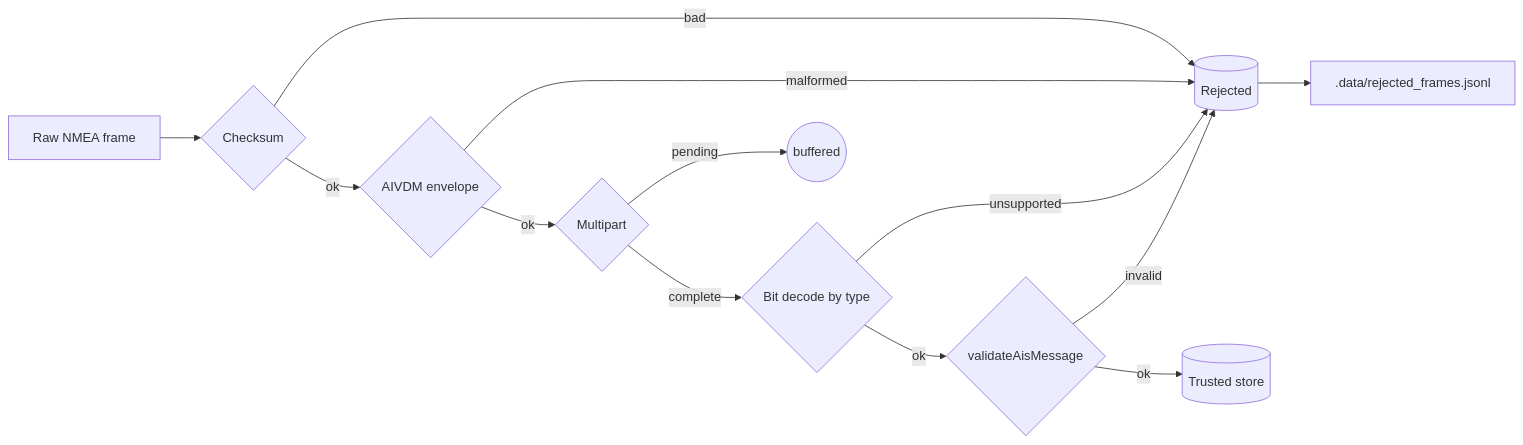
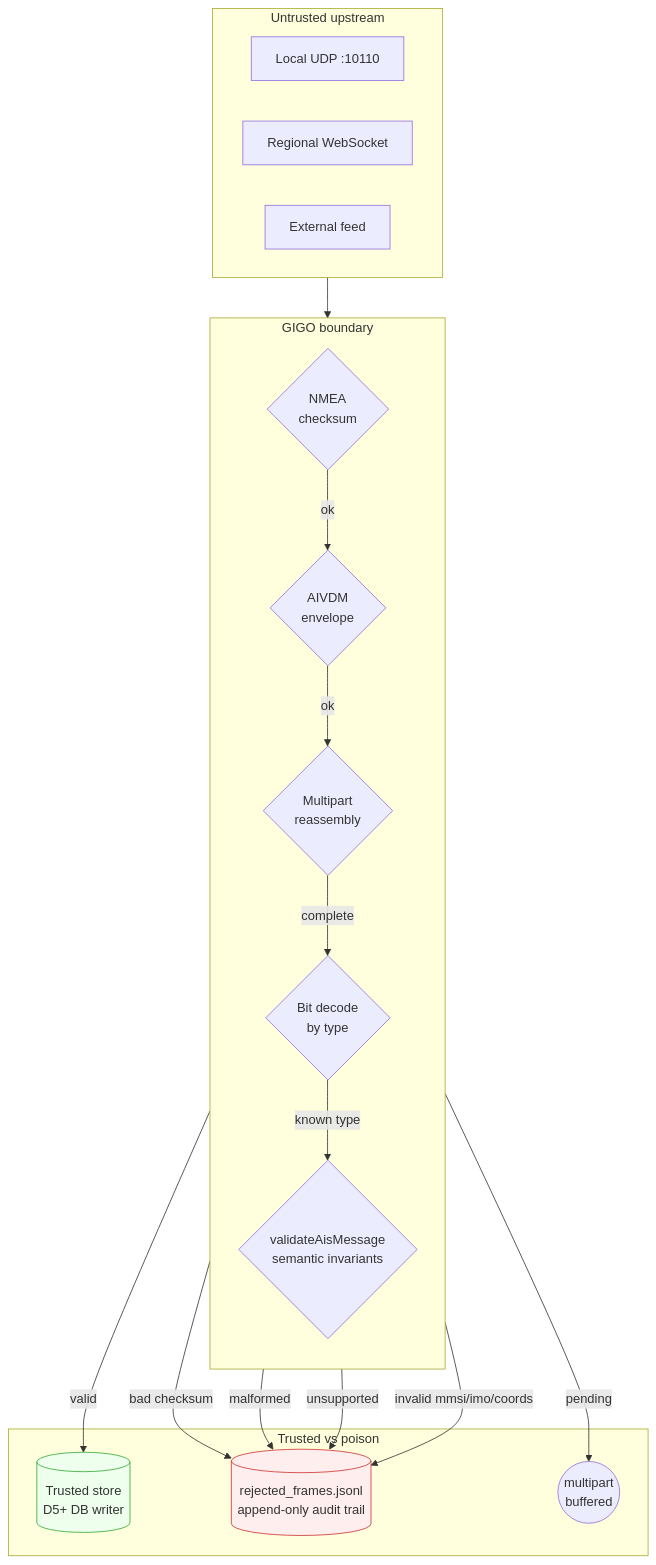
Before and after one commit to mdev-co/portview: the diagram in adr/0006-data-integrity-and-branded-types.md, drawn with Mermaid. The commit also changed other lines of this file, not shown here.

Commit message:
docs(adr): regroup ADR-0006 mermaid into subgraphs
Replace the linear flow with three labelled subgraphs (Untrusted upstream,
GIGO boundary, Trusted vs poison). Each terminal node is colour-classed
(rejected vs accepted) so the diagram reads at a glance from a portfolio
review distance.

````diff
--- a/adr/0006-data-integrity-and-branded-types.md
+++ b/adr/0006-data-integrity-and-branded-types.md
@@ -24,15 +24,37 @@
 ```mermaid
-flowchart LR
-    A[Raw NMEA frame] --> B{Checksum}
-    B -- bad --> R[(Rejected)]
-    B -- ok --> C{AIVDM envelope}
-    C -- malformed --> R
-    C -- ok --> D{Multipart}
-    D -- pending --> P((buffered))
-    D -- complete --> E{Bit decode by type}
-    E -- unsupported --> R
-    E -- ok --> F{validateAisMessage}
-    F -- invalid --> R
-    F -- ok --> G[(Trusted store)]
-    R --> H[.data/rejected_frames.jsonl]
+flowchart TB
+    subgraph Sources["Untrusted upstream"]
+        S1[Local UDP :10110]
+        S2[Regional WebSocket]
+        S3[External feed]
+    end
+
+    subgraph Gate["GIGO boundary"]
+        direction TB
+        G1{NMEA<br/>checksum}
+        G2{AIVDM<br/>envelope}
+        G3{Multipart<br/>reassembly}
+        G4{Bit decode<br/>by type}
+        G5{validateAisMessage<br/>semantic invariants}
+        G1 -->|ok| G2 -->|ok| G3 -->|complete| G4 -->|known type| G5
+    end
+
+    subgraph Outputs["Trusted vs poison"]
+        OK[(Trusted store<br/>D5+ DB writer)]
+        DLQ[(rejected_frames.jsonl<br/>append-only audit trail)]
+        BUF((multipart<br/>buffered))
+    end
+
+    Sources --> G1
+    G1 -->|bad checksum| DLQ
+    G2 -->|malformed| DLQ
+    G3 -->|pending| BUF
+    G4 -->|unsupported| DLQ
+    G5 -->|invalid mmsi/imo/coords| DLQ
+    G5 -->|valid| OK
+
+    classDef rejected fill:#fee,stroke:#c33
+    classDef accepted fill:#efe,stroke:#3a3
+    class DLQ rejected
+    class OK accepted
 ```
````
